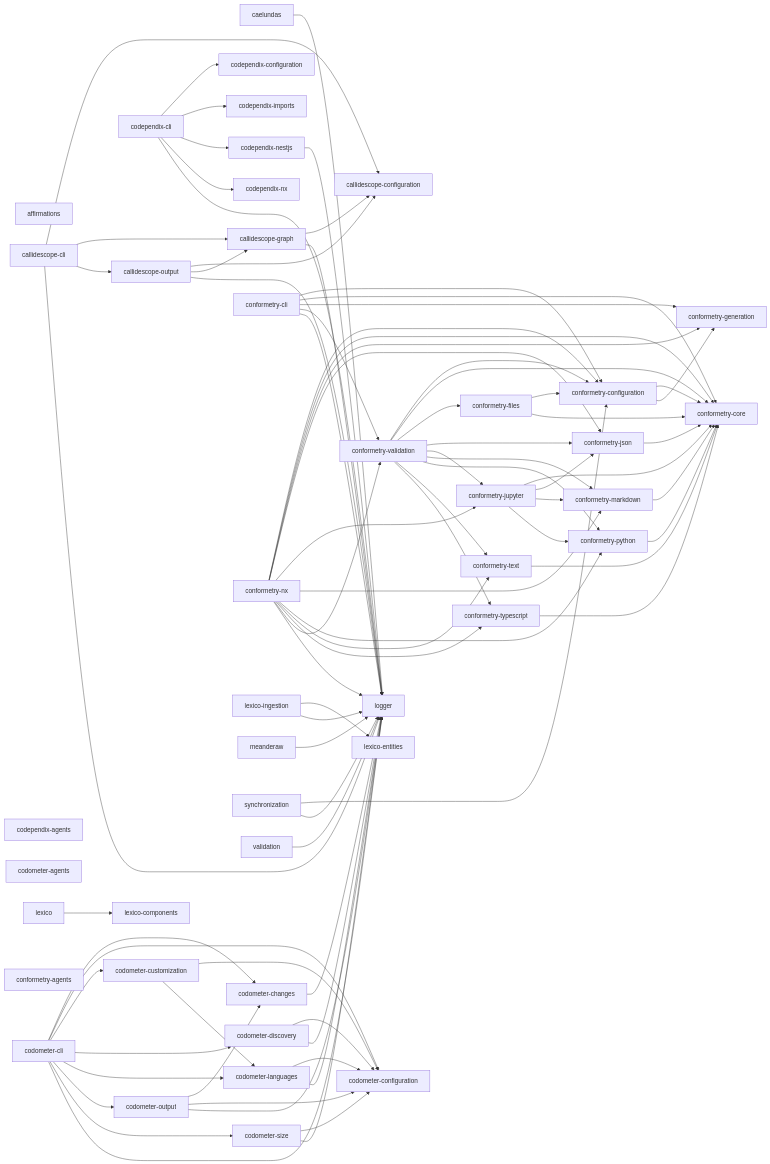
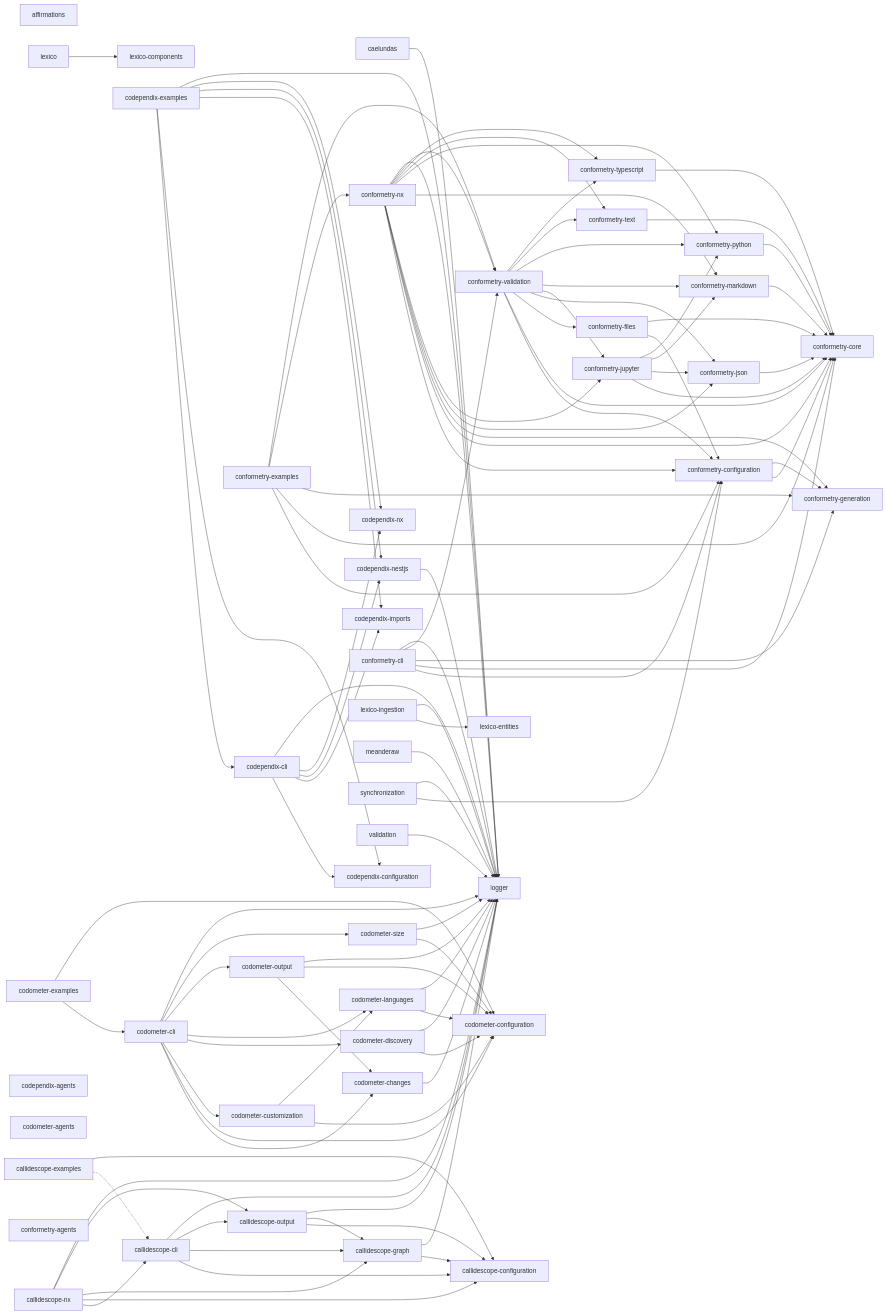
Before and after one commit to JimmyPaolini/codebase: the diagram in README.md, drawn with Mermaid. The commit also changed other lines of this file and 25 other files, not shown here.

```diff
--- a/README.md
+++ b/README.md
@@ -179,11 +179,14 @@
   caelundas["caelundas"]
   callidescope_cli["callidescope-cli"]
   callidescope_configuration["callidescope-configuration"]
+  callidescope_examples["callidescope-examples"]
   callidescope_graph["callidescope-graph"]
+  callidescope_nx["callidescope-nx"]
   callidescope_output["callidescope-output"]
   codependix_agents["codependix-agents"]
   codependix_cli["codependix-cli"]
   codependix_configuration["codependix-configuration"]
+  codependix_examples["codependix-examples"]
   codependix_imports["codependix-imports"]
   codependix_nestjs["codependix-nestjs"]
   codependix_nx["codependix-nx"]
@@ -193,6 +196,7 @@
   codometer_configuration["codometer-configuration"]
   codometer_customization["codometer-customization"]
   codometer_discovery["codometer-discovery"]
+  codometer_examples["codometer-examples"]
   codometer_languages["codometer-languages"]
   codometer_output["codometer-output"]
   codometer_size["codometer-size"]
@@ -200,6 +204,7 @@
   conformetry_cli["conformetry-cli"]
   conformetry_configuration["conformetry-configuration"]
   conformetry_core["conformetry-core"]
+  conformetry_examples["conformetry-examples"]
   conformetry_files["conformetry-files"]
   conformetry_generation["conformetry-generation"]
   conformetry_json["conformetry-json"]
@@ -223,8 +228,15 @@
   callidescope_cli --> callidescope_graph
   callidescope_cli --> callidescope_output
   callidescope_cli --> logger
+  callidescope_examples -.-> callidescope_cli
+  callidescope_examples --> callidescope_configuration
   callidescope_graph --> callidescope_configuration
   callidescope_graph --> logger
+  callidescope_nx --> callidescope_cli
+  callidescope_nx --> callidescope_configuration
+  callidescope_nx --> callidescope_graph
+  callidescope_nx --> callidescope_output
+  callidescope_nx --> logger
   callidescope_output --> callidescope_configuration
   callidescope_output --> callidescope_graph
   callidescope_output --> logger
@@ -233,6 +245,12 @@
   codependix_cli --> codependix_nestjs
   codependix_cli --> codependix_nx
   codependix_cli --> logger
+  codependix_examples --> codependix_cli
+  codependix_examples --> codependix_configuration
+  codependix_examples --> codependix_imports
+  codependix_examples --> codependix_nestjs
+  codependix_examples --> codependix_nx
+  codependix_examples --> logger
   codependix_nestjs --> logger
   codometer_changes --> logger
   codometer_cli --> codometer_changes
@@ -247,6 +265,8 @@
   codometer_customization --> codometer_languages
   codometer_discovery --> codometer_configuration
   codometer_discovery --> logger
+  codometer_examples --> codometer_cli
+  codometer_examples --> codometer_configuration
   codometer_languages --> codometer_configuration
   codometer_languages --> logger
   codometer_output --> codometer_changes
@@ -261,6 +281,11 @@
   conformetry_cli --> logger
   conformetry_configuration --> conformetry_core
   conformetry_configuration --> conformetry_generation
+  conformetry_examples --> conformetry_configuration
+  conformetry_examples --> conformetry_core
+  conformetry_examples --> conformetry_generation
+  conformetry_examples --> conformetry_nx
+  conformetry_examples --> conformetry_validation
   conformetry_files --> conformetry_configuration
   conformetry_files --> conformetry_core
   conformetry_json --> conformetry_core
```
